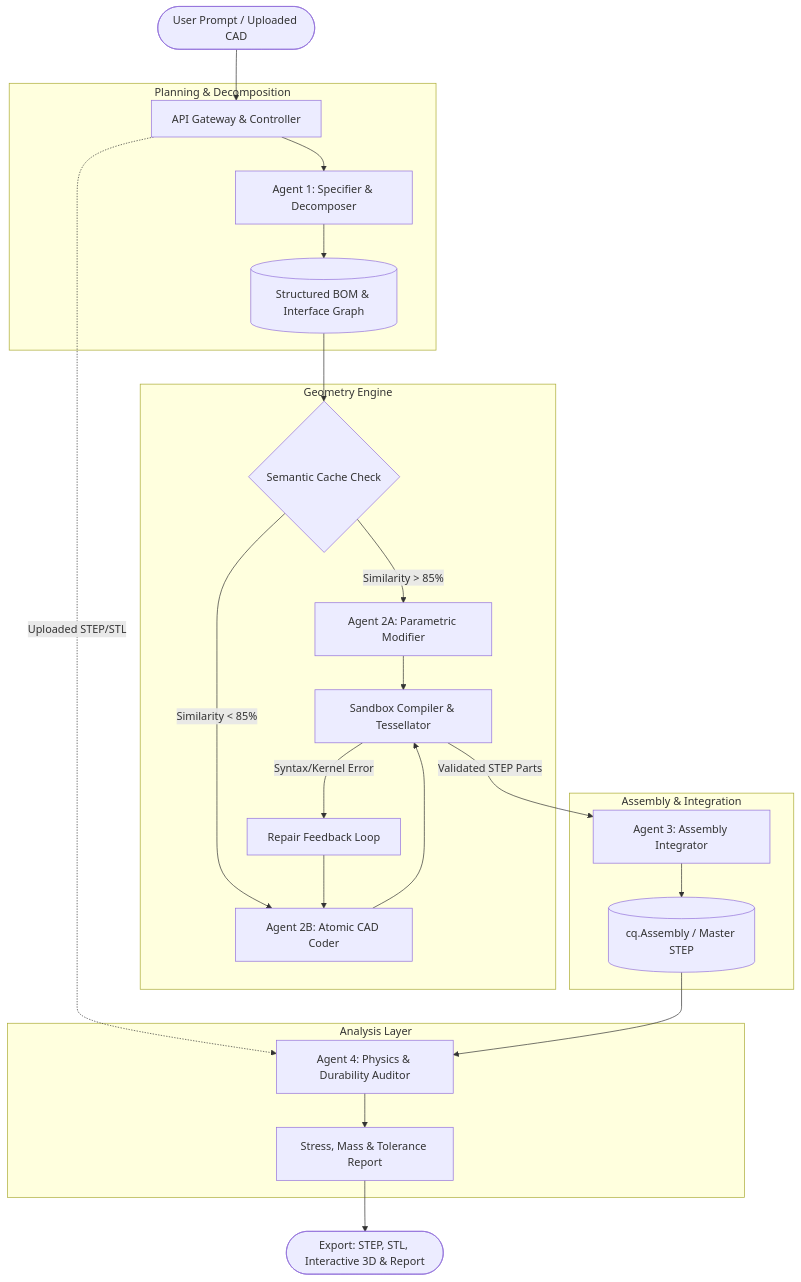
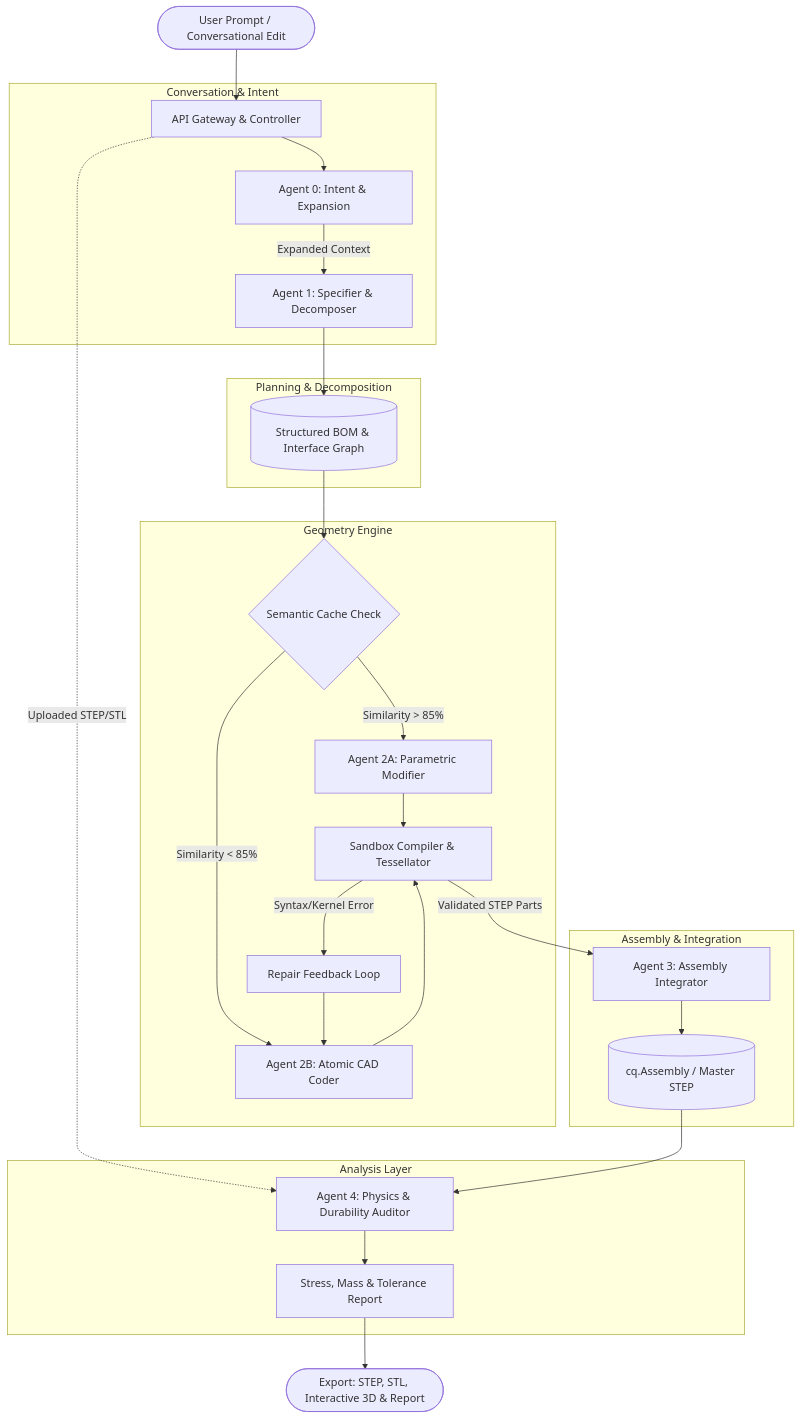
Before and after one commit to Di49v/brepline: the diagram in docs/PROPOSAL_COMPLEX_ASSEMBLIES.md, drawn with Mermaid. The commit also changed other lines of this file, not shown here.

````diff
--- a/docs/PROPOSAL_COMPLEX_ASSEMBLIES.md
+++ b/docs/PROPOSAL_COMPLEX_ASSEMBLIES.md
@@ -10,33 +12,38 @@
 ```mermaid
 graph TD
-    User([User Prompt / Uploaded CAD]) --> Gateway[API Gateway & Controller]
+    User([User Prompt / Conversational Edit]) --> Gateway[API Gateway & Controller]
     
+    subgraph Conversation & Intent
+        Gateway --> IntentAnalyzer[Agent 0: Intent & Expansion]
+        IntentAnalyzer -->|Expanded Context| Specifier
+    end
+
     subgraph Planning & Decomposition
-        Gateway --> Specifier[Agent 1: Specifier & Decomposer]
+        Specifier[Agent 1: Specifier & Decomposer]
         Specifier --> BOM[(Structured BOM & Interface Graph)]
     end
 
     subgraph Geometry Engine
         BOM --> Router{Semantic Cache Check}
         Router -->|Similarity > 85%| Modifier[Agent 2A: Parametric Modifier]
         Router -->|Similarity < 85%| Coder[Agent 2B: Atomic CAD Coder]
         Modifier --> Compiler[Sandbox Compiler & Tessellator]
         Coder --> Compiler
         Compiler -->|Syntax/Kernel Error| Repair[Repair Feedback Loop]
         Repair --> Coder
     end
 
     subgraph Assembly & Integration
         Compiler -->|Validated STEP Parts| Assembler[Agent 3: Assembly Integrator]
         Assembler --> AssemblyModel[(cq.Assembly / Master STEP)]
     end
 
     subgraph Analysis Layer
         Gateway -.->|Uploaded STEP/STL| Auditor
         AssemblyModel --> Auditor[Agent 4: Physics & Durability Auditor]
         Auditor --> SimReport[Stress, Mass & Tolerance Report]
     end
 
     SimReport --> FinalOutput([Export: STEP, STL, Interactive 3D & Report])
 
 ```
````
